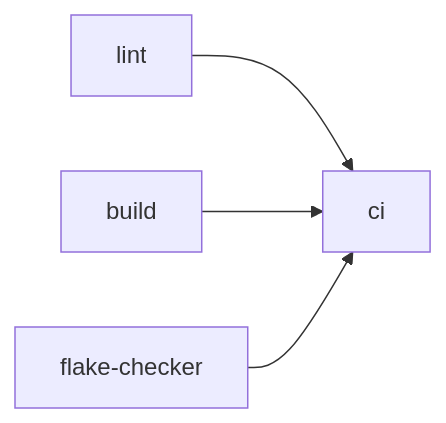
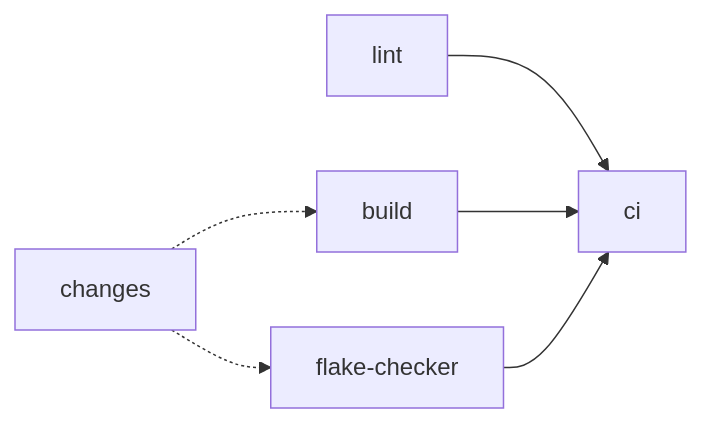
Before and after one commit to ojhermann-org/home-manager: the diagram in README.md, drawn with Mermaid. The commit also changed other lines of this file and 1 other file, not shown here.

First paragraph of the commit message:
feat(ci): skip build and flake-checker on irrelevant changes (#130)
Adds a `changes` job that runs `git diff --name-only` between the PR
base and head, exposing two outputs:

````diff
--- a/README.md
+++ b/README.md
@@ -27,6 +27,8 @@
 ```mermaid
 graph LR
+  changes -.-> build
+  changes -.-> flake-checker
   lint --> ci
   build --> ci
   flake-checker --> ci
 ```
````
